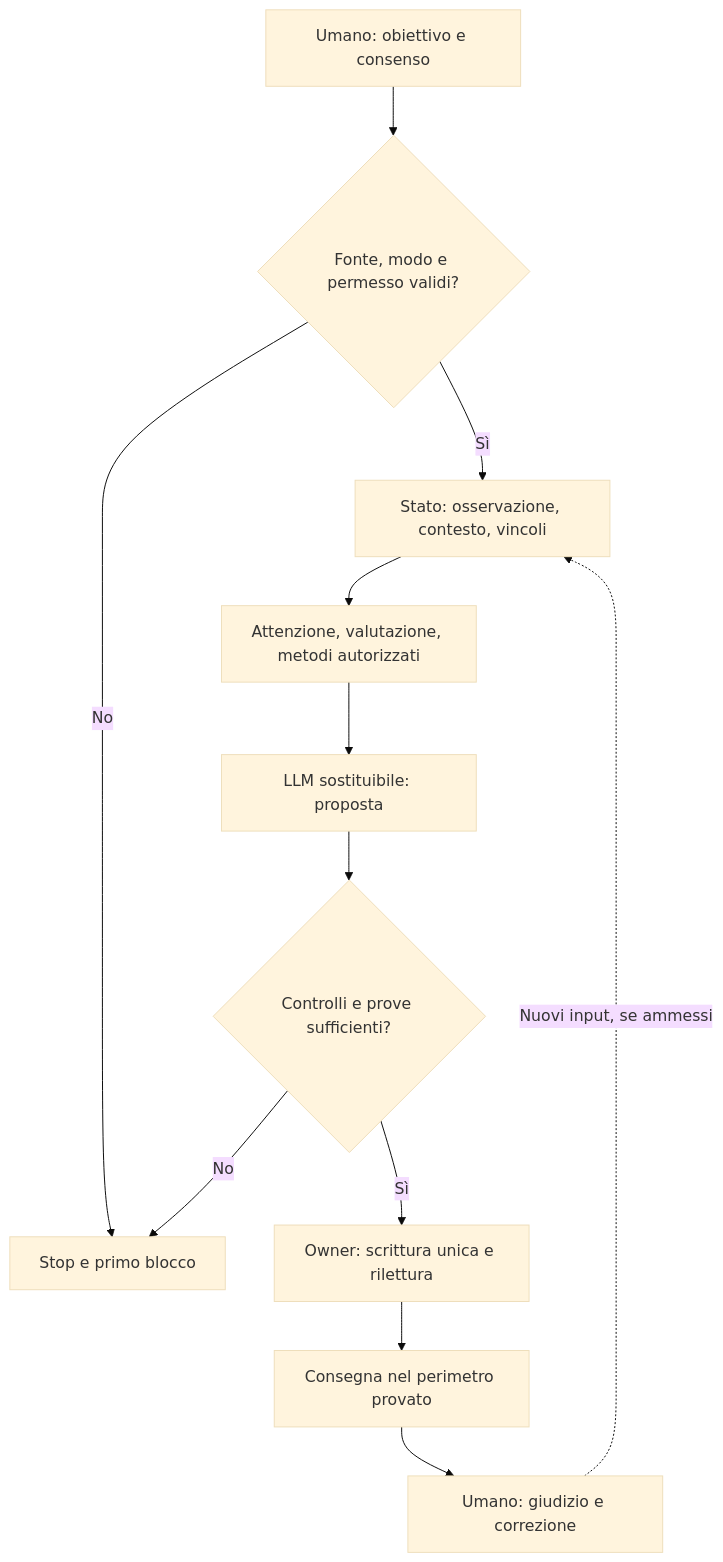
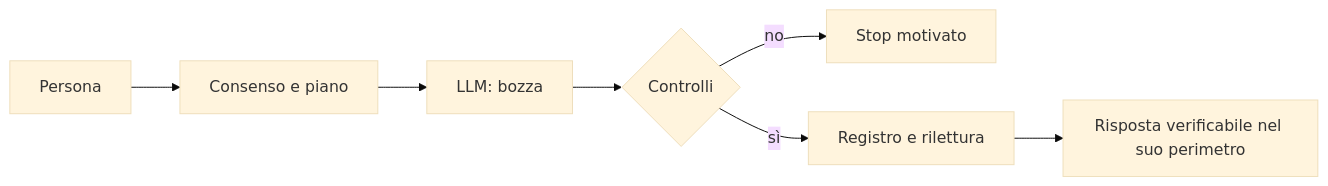
One commit to Luke883i/iKant_LE changed the diagram in README.md. Above: the diagram before and after it, drawn with Mermaid (base theme). The commit also changed other lines of this file, not shown here.

````diff
--- a/README.md
+++ b/README.md
@@ -61,14 +57,9 @@
 ```mermaid
-flowchart TD
- H["Umano: obiettivo e consenso"] --> G{"Fonte, modo e permesso validi?"}
- G -- "No" --> STOP["Stop e primo blocco"]
- G -- "Sì" --> C["Stato: osservazione, contesto, vincoli"]
- C --> A["Attenzione, valutazione, metodi autorizzati"]
- A --> L["LLM sostituibile: proposta"]
- L --> V{"Controlli e prove sufficienti?"}
- V -- "No" --> STOP
- V -- "Sì" --> W["Owner: scrittura unica e rilettura"]
- W --> O["Consegna nel perimetro provato"]
- O --> H2["Umano: giudizio e correzione"]
- H2 -. "Nuovi input, se ammessi" .-> C
+flowchart LR
+ U["Persona"] --> C["Consenso e piano"]
+ C --> M["LLM: bozza"]
+ M --> V{"Controlli"}
+ V -- no --> S["Stop motivato"]
+ V -- sì --> R["Registro e rilettura"]
+ R --> O["Risposta verificabile nel suo perimetro"]
 ```
````
